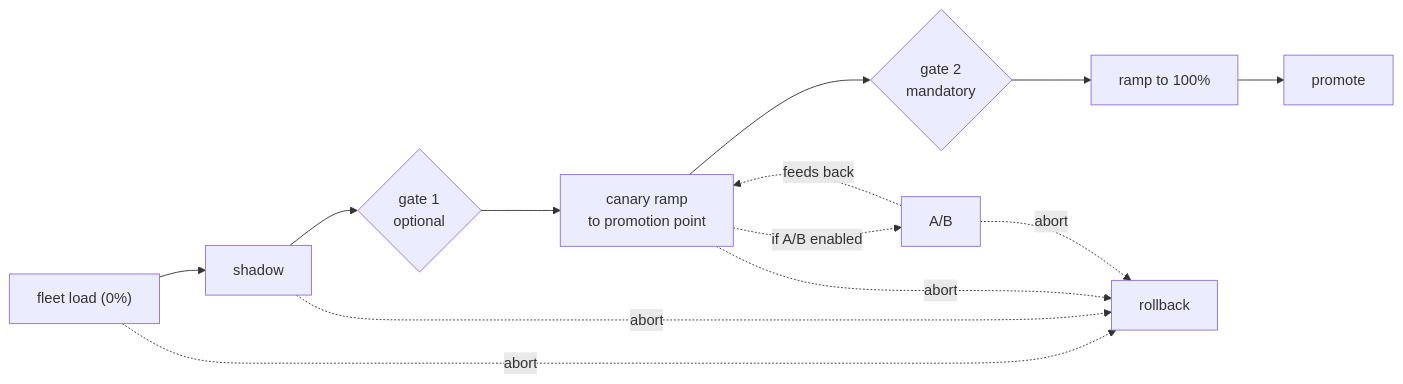
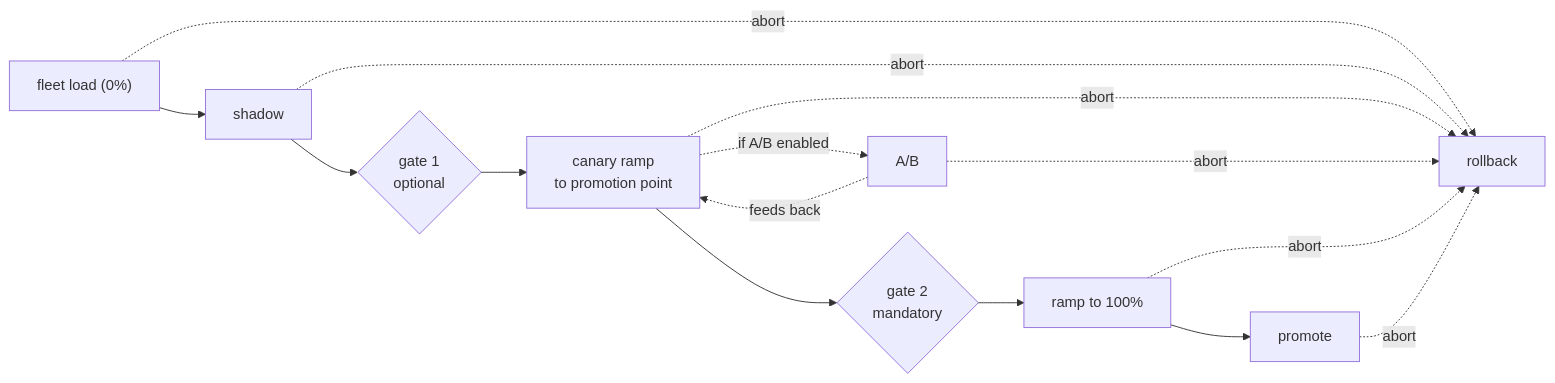
Before and after one commit to cunha-sigma/ml_offline: the diagram in design_docs/06_validation_promotion.md, drawn with Mermaid. The commit also changed other lines of this file and 10 other files, not shown here.

````diff
--- a/design_docs/06_validation_promotion.md
+++ b/design_docs/06_validation_promotion.md
@@ -86,15 +82,17 @@
 ```mermaid
 flowchart LR
   FL["fleet load (0%)"] --> SH["shadow"]
   SH --> G1{"gate 1<br/>optional"}
   G1 --> CA["canary ramp<br/>to promotion point"]
   CA -. if A/B enabled .-> AB["A/B"]
   AB -. feeds back .-> CA
   CA --> G2{"gate 2<br/>mandatory"}
   G2 --> RAMP["ramp to 100%"]
   RAMP --> PR["promote"]
   FL -. abort .-> RB["rollback"]
   SH -. abort .-> RB
   CA -. abort .-> RB
   AB -. abort .-> RB
+  RAMP -. abort .-> RB
+  PR -. abort .-> RB
 ```
````
